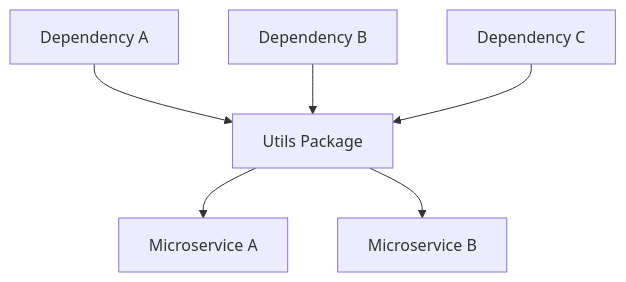
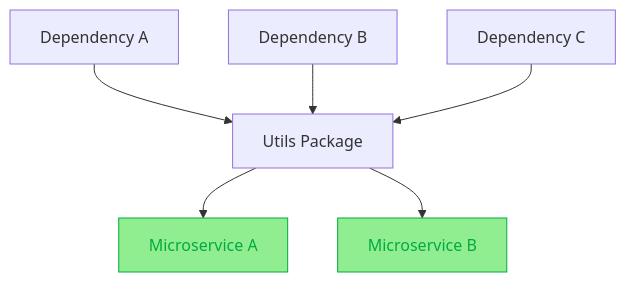
Before and after one commit to dkraczkowski/dkraczkowski.github.io: the first of 5 diagrams in articles/utils-common-pitfalls/README.md, drawn with Mermaid. The commit also changed other lines of this file, not shown here.

Commit message:
Better diagrams + hint for readers

````diff
--- a/articles/utils-common-pitfalls/README.md
+++ b/articles/utils-common-pitfalls/README.md
@@ -12,8 +12,11 @@
 ```mermaid
 flowchart TD
+    style MA fill:#90EE90,stroke: #00ab41,color: #00ab41;
+    style MB fill:#90EE90,stroke: #00ab41,color: #00ab41;
+
     DA[Dependency A] --> Utils[Utils Package]
     DB[Dependency B] --> Utils
     DC[Dependency C] --> Utils
     Utils --> MA[Microservice A]
     Utils --> MB[Microservice B]
 ```
````
